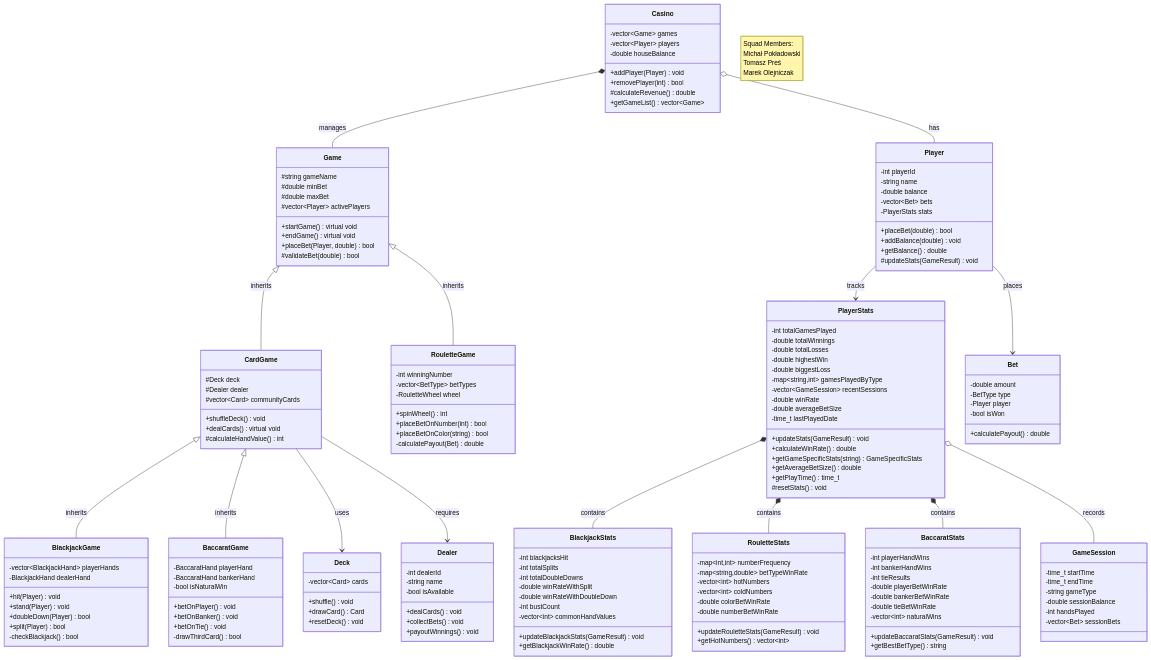
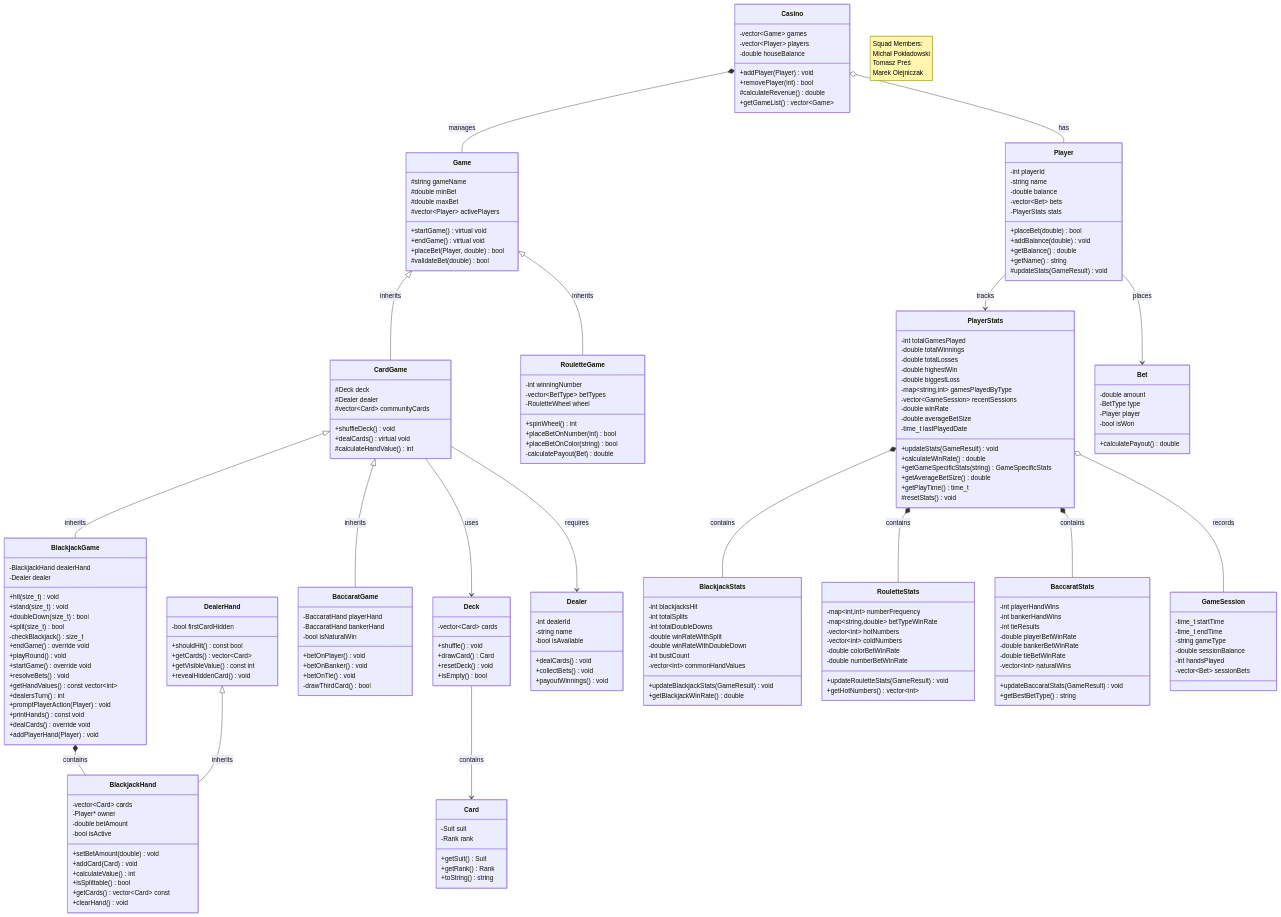
One commit to michaelo-ponteski/Casino-Pointer-Palace changed the diagram in docs/UML_diagram.md. Above: the diagram before and after it, drawn with Mermaid. The commit also changed 1 other file, not shown here.

Commit message:
updated UML

````diff
--- a/docs/UML_diagram.md
+++ b/docs/UML_diagram.md
@@ -35,6 +35,7 @@
         +placeBet(double) bool
         +addBalance(double) void
         +getBalance() double
+        +getName() string
         #updateStats(GameResult) void
     }
 
@@ -48,13 +49,44 @@
     }
 
     class BlackjackGame {
-        -vector~BlackjackHand~ playerHands
         -BlackjackHand dealerHand
-        +hit(Player) void
-        +stand(Player) void
-        +doubleDown(Player) bool
-        +split(Player) bool
-        -checkBlackjack() bool
+        -Dealer dealer
+        +hit(size_t) void
+        +stand(size_t) void
+        +doubleDown(size_t) bool
+        +split(size_t) bool
+        -checkBlackjack() size_t
+        +endGame() override void
+        +playRound() void
+        +startGame() override void
+        +resolveBets() void
+        +getHandValues() const vector~int~
+        +dealersTurn() int
+        +promptPlayerAction(Player) void
+        +printHands() const void
+        +dealCards() override void
+        +addPlayerHand(Player) void
+    }
+
+    class BlackjackHand {
+        -vector~Card~ cards
+        -Player* owner
+        -double betAmount
+        -bool isActive
+        +setBetAmount(double) void
+        +addCard(Card) void
+        +calculateValue() int
+        +isSplittable() bool
+        +getCards() vector~Card~ const
+        +clearHand() void
+    }
+
+    class DealerHand {
+        -bool firstCardHidden
+        +shouldHit() const bool
+        +getCards() vector~Card~
+        +getVisibleValue() const int
+        +revealHiddenCard() void
     }
 
     class RouletteGame {
@@ -154,6 +186,15 @@
         +shuffle() void
         +drawCard() Card
         +resetDeck() void
+        +isEmpty() bool
+    }
+
+    class Card{
+        -Suit suit
+        -Rank rank
+        +getSuit() Suit
+        +getRank() Rank
+        +toString() string
     }
 
     class Bet {
@@ -172,12 +213,15 @@
     Casino o-- Player : has
     Player --> PlayerStats : tracks
     CardGame --> Deck : uses
+    Deck --> Card : contains
     Player --> Bet : places
     CardGame --> Dealer : requires
     PlayerStats *-- BlackjackStats : contains
     PlayerStats *-- RouletteStats : contains
     PlayerStats *-- BaccaratStats : contains
     PlayerStats o-- GameSession : records
+    BlackjackGame *-- BlackjackHand : contains
+    DealerHand <|-- BlackjackHand : inherits
 
 
 ```
````
